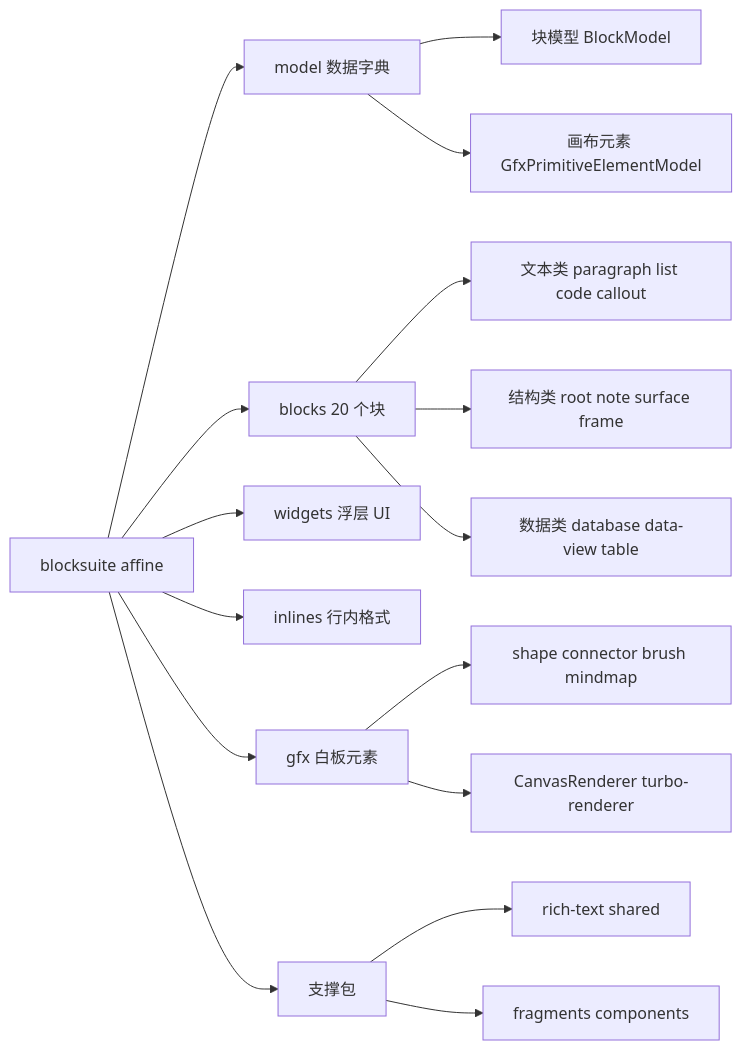
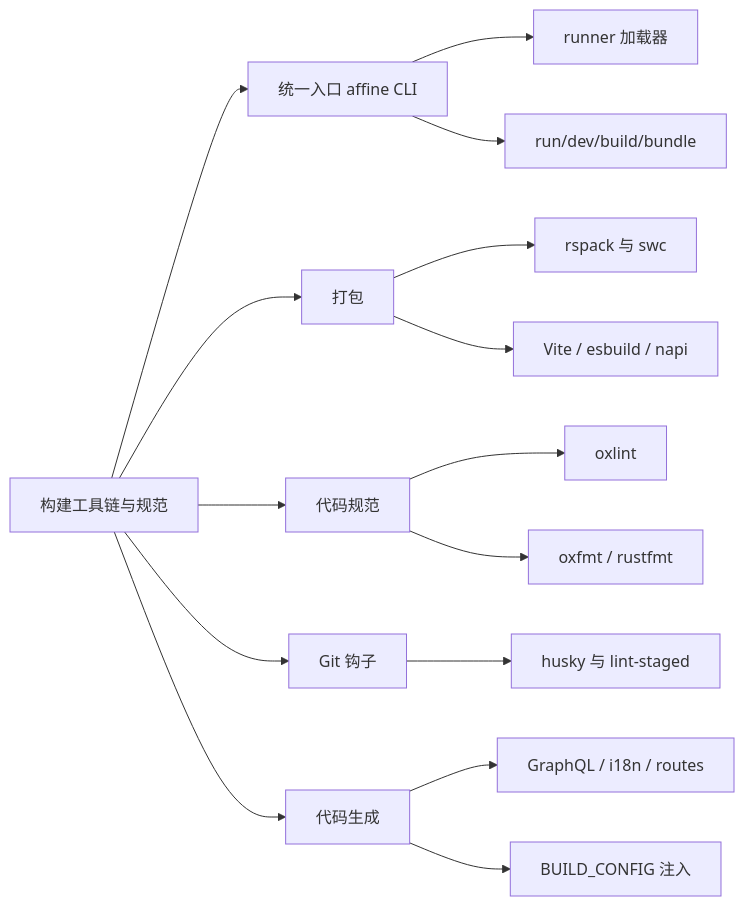
One commit to lfire/AFFiNE changed the first of 3 diagrams in learning-guide/slides/decks/14.md. Above: the diagram before and after it, drawn with Mermaid. The commit also changed other lines of this file and 73 other files, not shown here.

````diff
--- a/learning-guide/slides/decks/14.md
+++ b/learning-guide/slides/decks/14.md
@@ -33,18 +33,17 @@
 ```mermaid
 flowchart LR
-  ROOT["blocksuite affine"] --> M["model 数据字典"]
-  ROOT --> B["blocks 20 个块"]
-  ROOT --> W["widgets 浮层 UI"]
-  ROOT --> I["inlines 行内格式"]
-  ROOT --> G["gfx 白板元素"]
-  ROOT --> S["支撑包"]
-  M --> M1["块模型 BlockModel"]
-  M --> M2["画布元素 GfxPrimitiveElementModel"]
-  B --> B1["文本类 paragraph list code callout"]
-  B --> B2["结构类 root note surface frame"]
-  B --> B3["数据类 database data-view table"]
-  G --> G1["shape connector brush mindmap"]
-  G --> G2["CanvasRenderer turbo-renderer"]
-  S --> S1["rich-text shared"]
-  S --> S2["fragments components"]
+  ROOT["构建工具链与规范"] --> CLI["统一入口 affine CLI"]
+  ROOT --> PK["打包"]
+  ROOT --> LN["代码规范"]
+  ROOT --> GT["Git 钩子"]
+  ROOT --> GEN["代码生成"]
+  CLI --> CLI1["runner 加载器"]
+  CLI --> CLI2["run/dev/build/bundle"]
+  PK --> PK1["rspack 与 swc"]
+  PK --> PK2["Vite / esbuild / napi"]
+  LN --> LN1["oxlint"]
+  LN --> LN2["oxfmt / rustfmt"]
+  GT --> GT1["husky 与 lint-staged"]
+  GEN --> GEN1["GraphQL / i18n / routes"]
+  GEN --> GEN2["BUILD_CONFIG 注入"]
 ```
````
